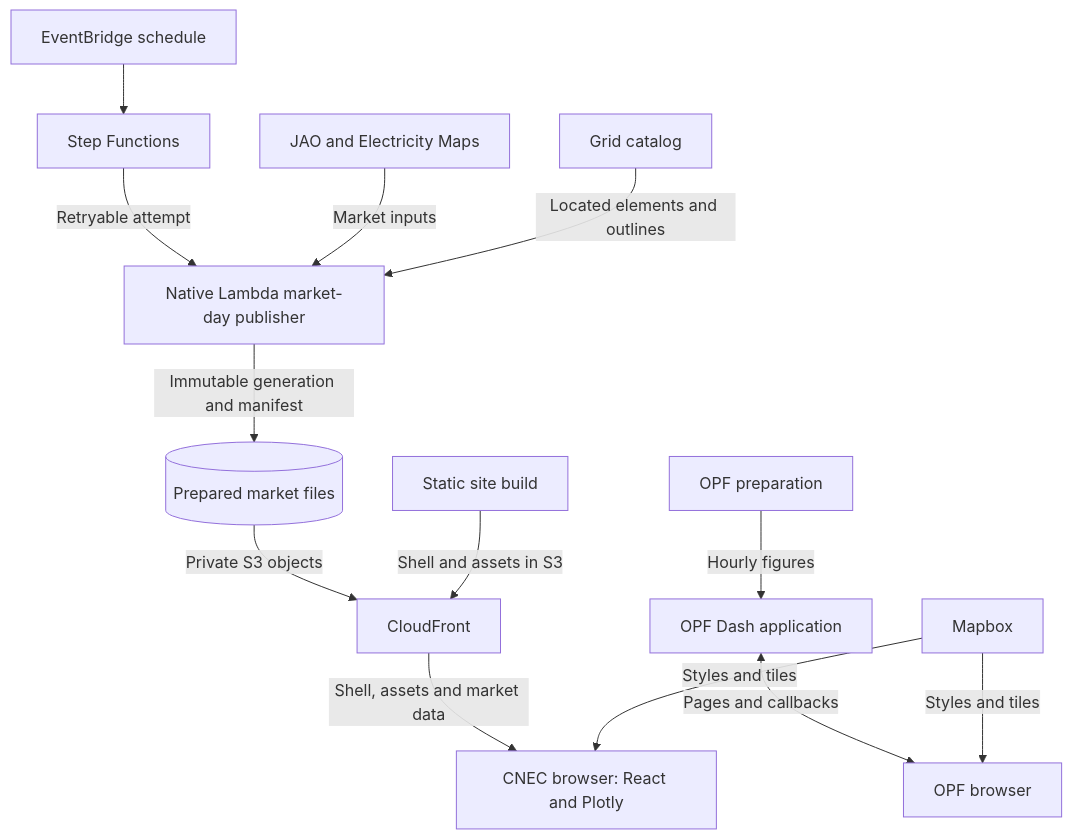
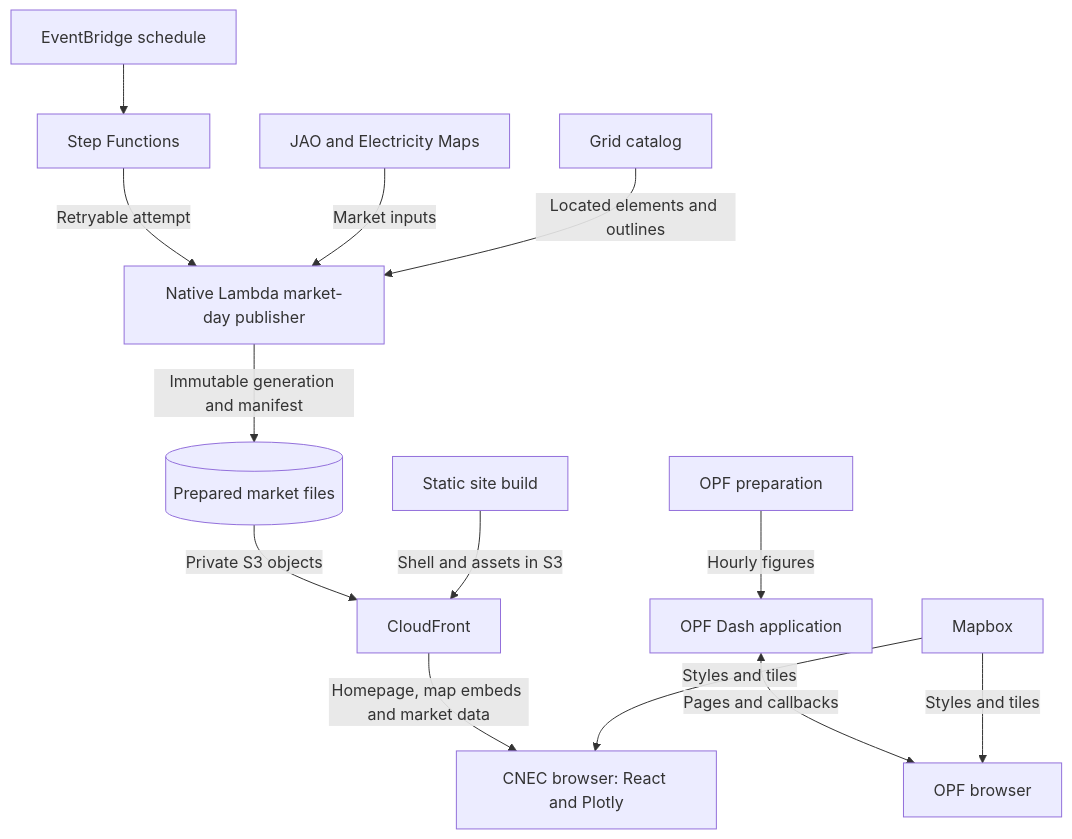
The diagram in README.md (zoltanmaric/coppersushi), drawn with Mermaid before and after one commit. The commit also changed other lines of this file and 15 other files, not shown here.

````diff
--- a/README.md
+++ b/README.md
@@ -31,19 +39,19 @@
 ```mermaid
 flowchart TB
     schedule["EventBridge schedule"] --> workflow["Step Functions"]
     workflow -->|Retryable attempt| publication
     market["JAO and Electricity Maps"] -->|Market inputs| publication["Native Lambda market-day publisher"]
     catalog["Grid catalog"] -->|Located elements and outlines| publication
     publication -->|Immutable generation and manifest| prepared[("Prepared market files")]
     prepared -->|Private S3 objects| edge["CloudFront"]
     build["Static site build"] -->|Shell and assets in S3| edge
-    edge -->|Shell, assets and market data| browser["CNEC browser: React and Plotly"]
+    edge -->|Homepage, map embeds and market data| browser["CNEC browser: React and Plotly"]
     opf["OPF preparation"] -->|Hourly figures| server["OPF Dash application"]
     server <-->|Pages and callbacks| opfbrowser["OPF browser"]
     maps["Mapbox"] -->|Styles and tiles| browser
     maps -->|Styles and tiles| opfbrowser
     click catalog "https://github.com/zoltanmaric/coppersushi/blob/main/coppersushi/grid_catalog/README.md" "Grid catalog"
     click opf "https://github.com/zoltanmaric/coppersushi/blob/main/coppersushi/opf/README.md" "OPF"
     click publication "https://github.com/zoltanmaric/coppersushi/blob/main/coppersushi/publication/README.md" "Publication"
     click browser "https://github.com/zoltanmaric/coppersushi/blob/main/frontend/README.md" "CNEC browser"
 ```
````
